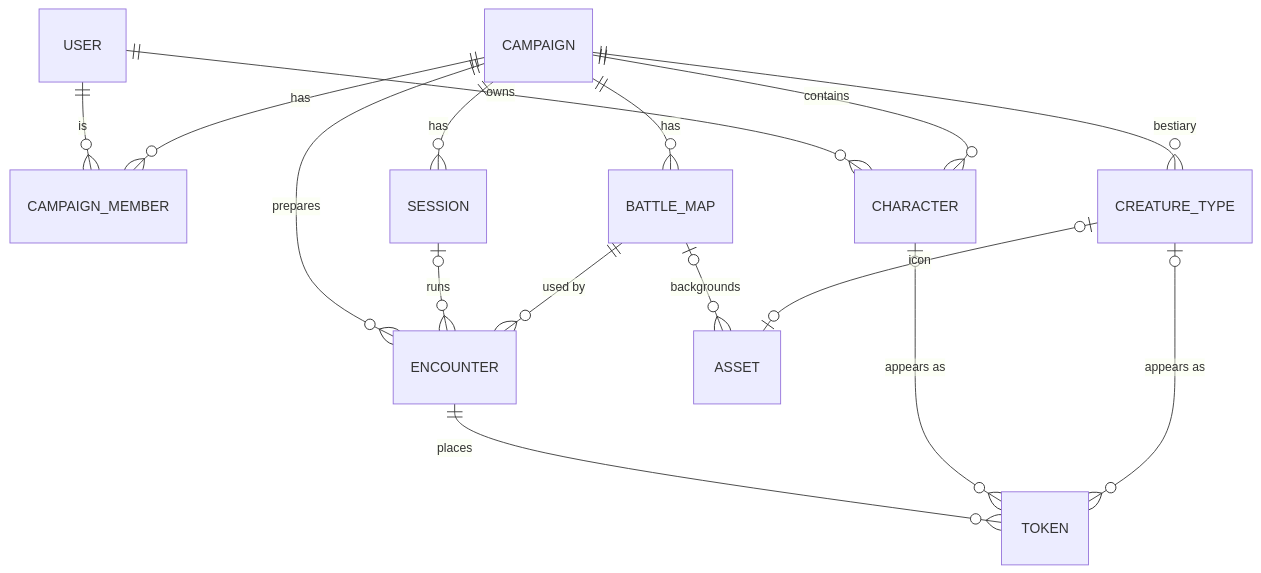
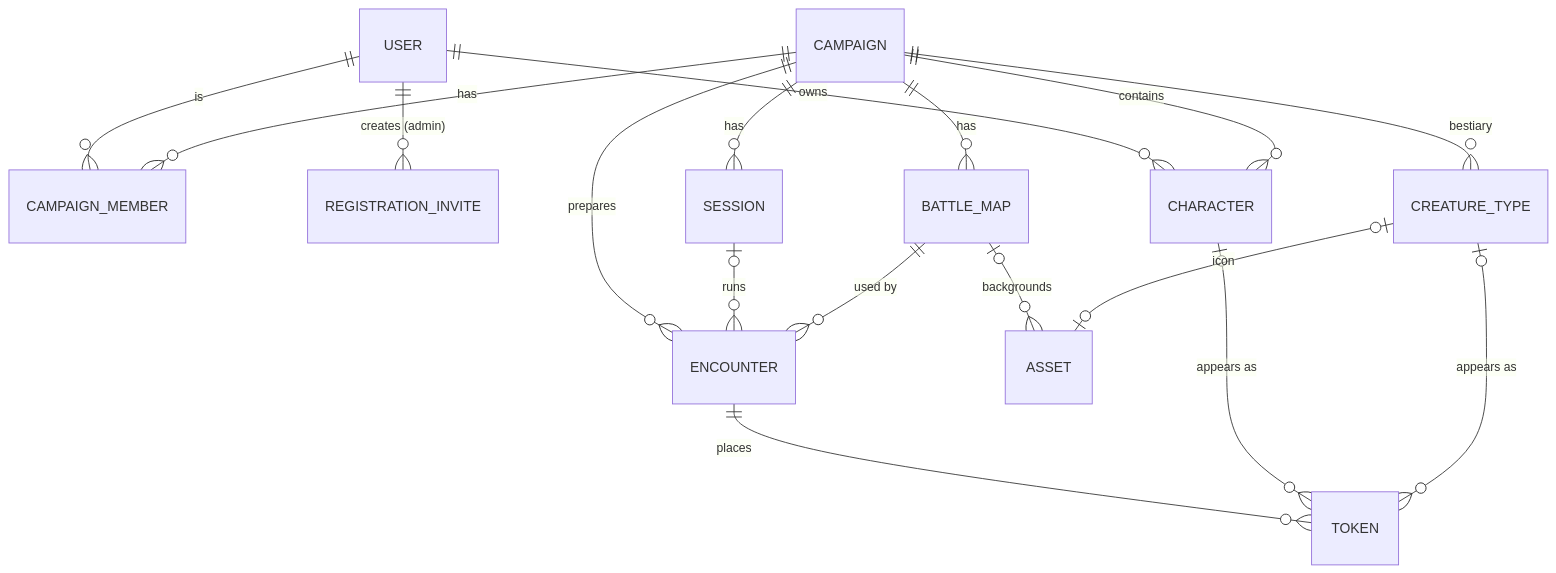
One commit to otressler/oreanas-office changed the diagram in knowledge/domain/data-model.md. Above: the diagram before and after it, drawn with Mermaid. The commit also changed other lines of this file and 12 other files, not shown here.

Commit message:
Record stage 2 decisions: invite-only registration, site admin, persistence

````diff
--- a/knowledge/domain/data-model.md
+++ b/knowledge/domain/data-model.md
@@ -16,18 +16,19 @@
 ```mermaid
 erDiagram
     USER ||--o{ CAMPAIGN_MEMBER : "is"
+    USER ||--o{ REGISTRATION_INVITE : "creates (admin)"
     CAMPAIGN ||--o{ CAMPAIGN_MEMBER : "has"
     USER ||--o{ CHARACTER : "owns"
     CAMPAIGN ||--o{ CHARACTER : "contains"
     CAMPAIGN ||--o{ SESSION : "has"
     CAMPAIGN ||--o{ CREATURE_TYPE : "bestiary"
     CAMPAIGN ||--o{ BATTLE_MAP : "has"
     CAMPAIGN ||--o{ ENCOUNTER : "prepares"
     SESSION |o--o{ ENCOUNTER : "runs"
     BATTLE_MAP ||--o{ ENCOUNTER : "used by"
     ENCOUNTER ||--o{ TOKEN : "places"
     CHARACTER |o--o{ TOKEN : "appears as"
     CREATURE_TYPE |o--o{ TOKEN : "appears as"
     BATTLE_MAP |o--o{ ASSET : "backgrounds"
     CREATURE_TYPE |o--o| ASSET : "icon"
 ```
````
